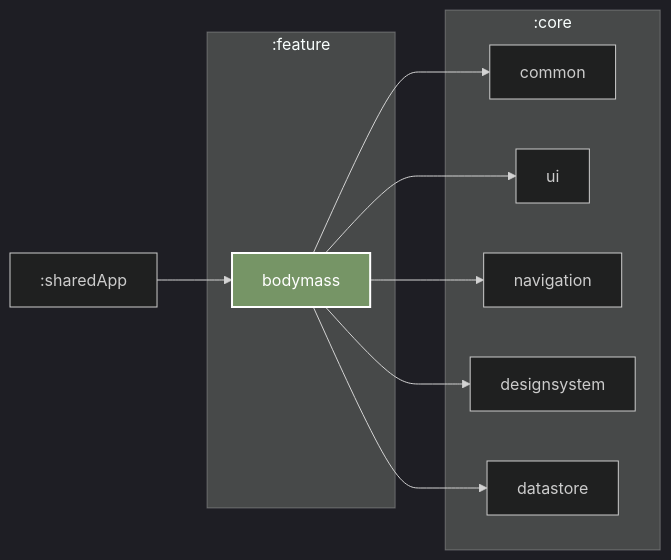
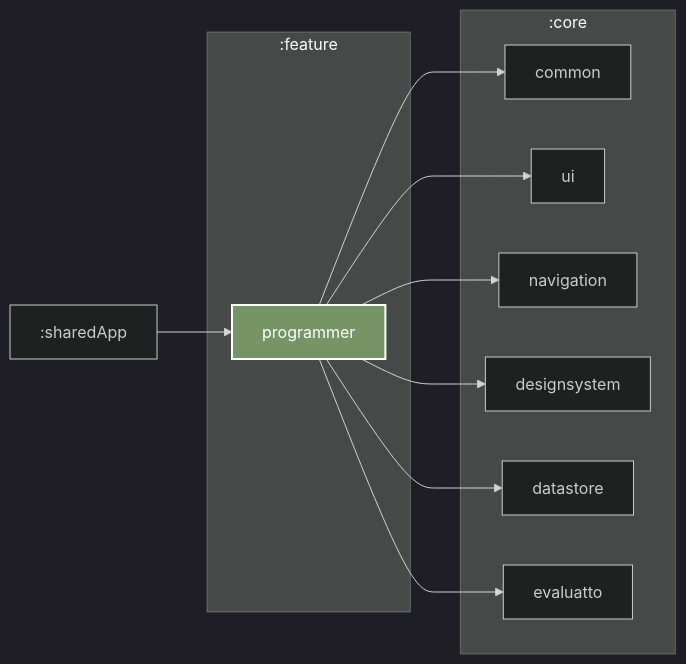
One commit to sadellie/unitto changed the diagram in feature/programmer/README.md. Above: the diagram before and after it, drawn with Mermaid. The commit also changed other lines of this file and 10 other files, not shown here.

Commit message:
update graph

````diff
--- a/feature/programmer/README.md
+++ b/feature/programmer/README.md
@@ -8,28 +7,30 @@
 ```mermaid
 %%{
   init: {
     'theme': 'dark'
   }
 }%%
 
 graph LR
   subgraph :core
     :core:common["common"]
     :core:ui["ui"]
     :core:navigation["navigation"]
     :core:designsystem["designsystem"]
     :core:datastore["datastore"]
+    :core:evaluatto["evaluatto"]
   end
   subgraph :feature
-    :feature:bodymass["bodymass"]
+    :feature:programmer["programmer"]
   end
-  :sharedApp --> :feature:bodymass
-  :feature:bodymass --> :core:common
-  :feature:bodymass --> :core:ui
-  :feature:bodymass --> :core:navigation
-  :feature:bodymass --> :core:designsystem
-  :feature:bodymass --> :core:datastore
+  :sharedApp --> :feature:programmer
+  :feature:programmer --> :core:common
+  :feature:programmer --> :core:ui
+  :feature:programmer --> :core:navigation
+  :feature:programmer --> :core:designsystem
+  :feature:programmer --> :core:datastore
+  :feature:programmer --> :core:evaluatto
 
 classDef focus fill:#769566,stroke:#fff,stroke-width:2px,color:#fff;
-class :feature:bodymass focus
+class :feature:programmer focus
 ```
````
